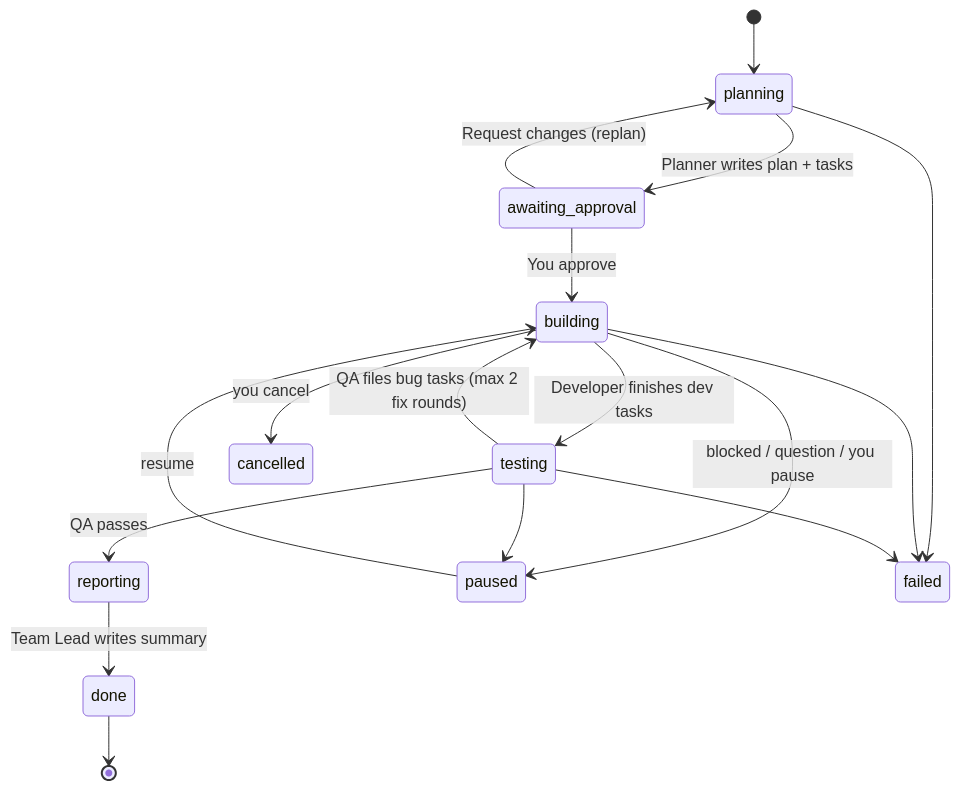
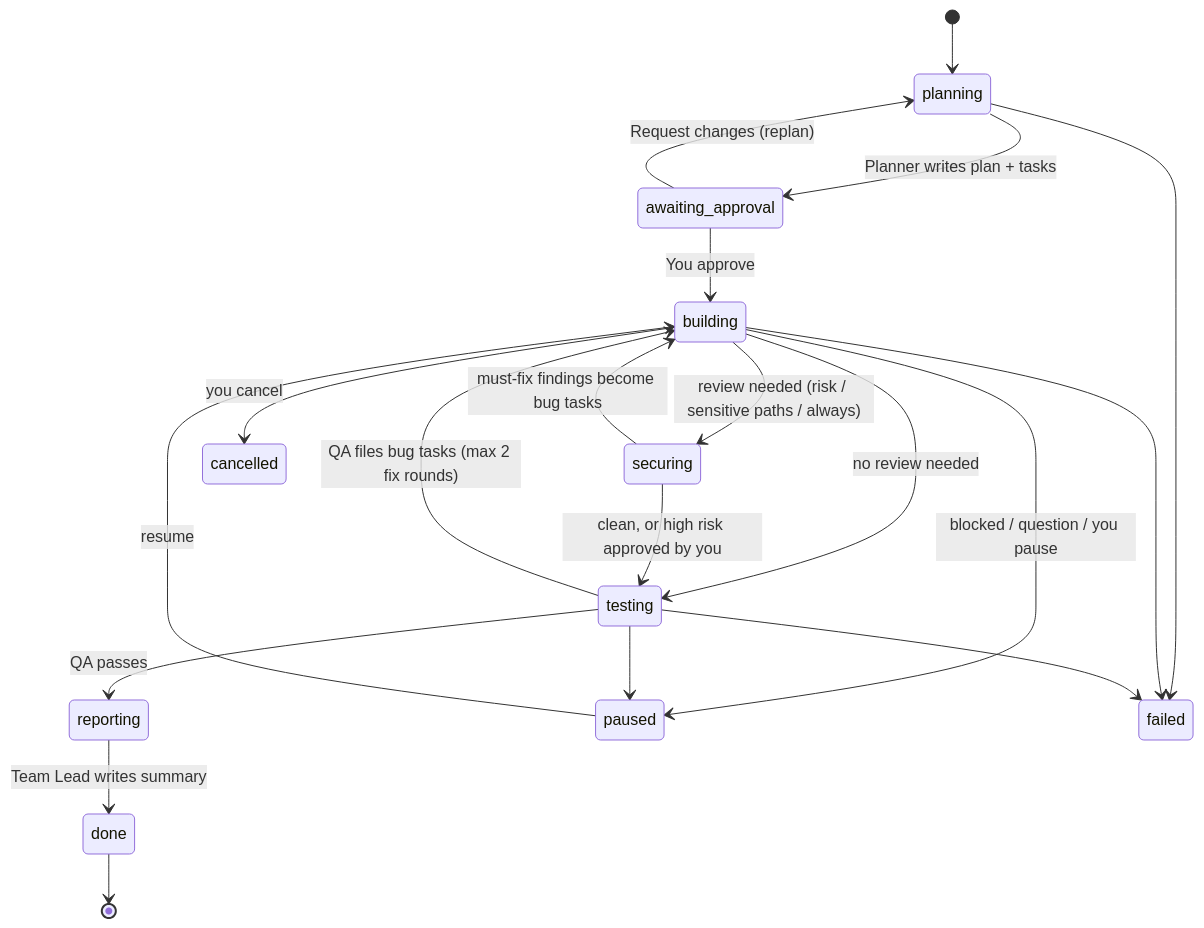
One commit to kinleyrabgay/agentroom changed the first of 2 diagrams in README.md. Above: the diagram before and after it, drawn with Mermaid. The commit also changed other lines of this file and 93 other files, not shown here.

````diff
--- a/README.md
+++ b/README.md
@@ -171,19 +175,22 @@
 ```mermaid
 stateDiagram-v2
     [*] --> planning
     planning --> awaiting_approval: Planner writes plan + tasks
     awaiting_approval --> planning: Request changes (replan)
     awaiting_approval --> building: You approve
-    building --> testing: Developer finishes dev tasks
+    building --> securing: review needed (risk / sensitive paths / always)
+    building --> testing: no review needed
+    securing --> building: must-fix findings become bug tasks
+    securing --> testing: clean, or high risk approved by you
     testing --> building: QA files bug tasks (max 2 fix rounds)
     testing --> reporting: QA passes
     reporting --> done: Team Lead writes summary
     building --> paused: blocked / question / you pause
     testing --> paused
     paused --> building: resume
     planning --> failed
     building --> failed
     testing --> failed
     building --> cancelled: you cancel
     done --> [*]
 ```
````
